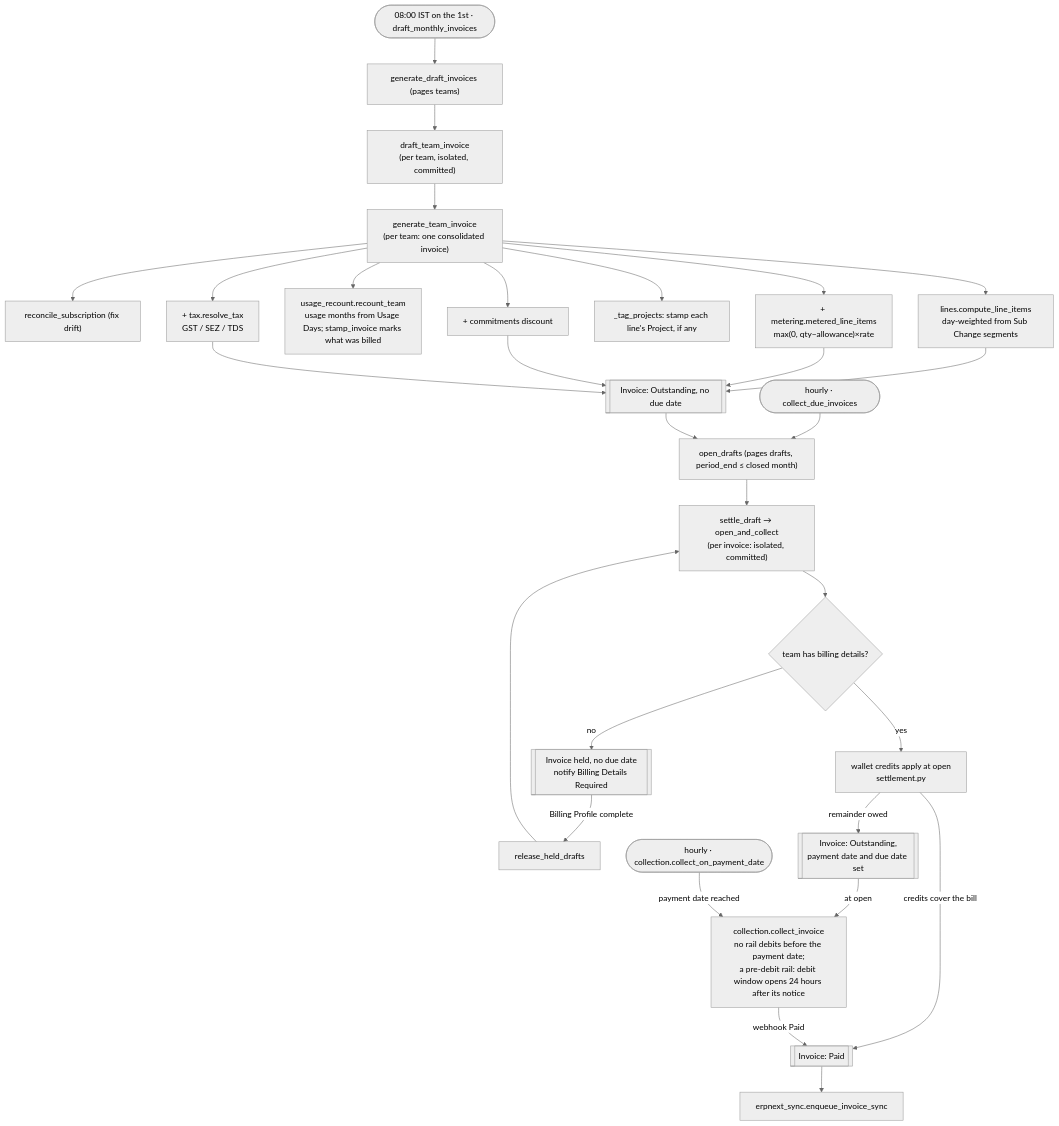
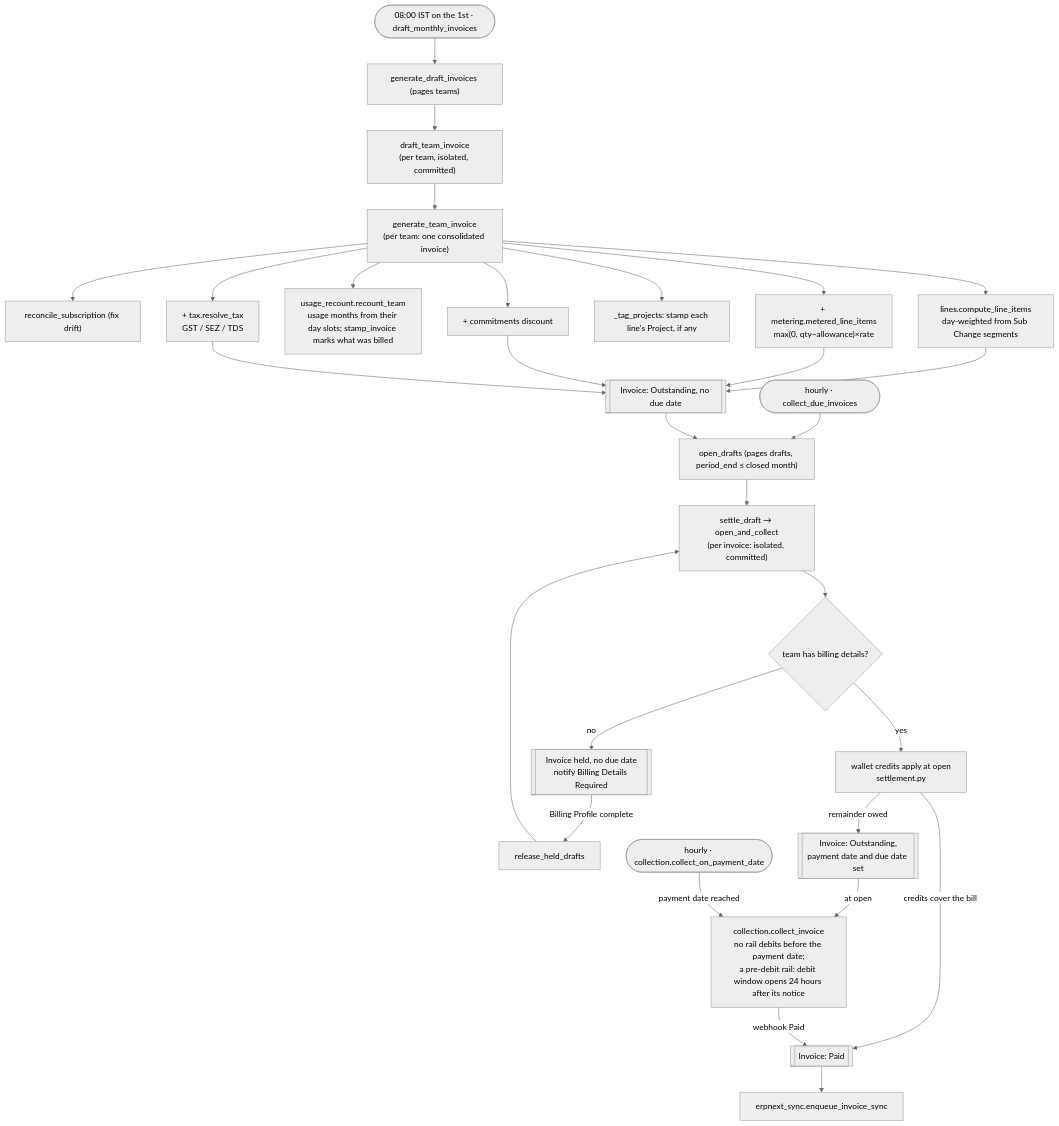
The fifth of 8 diagrams in central/billing/ARCHITECTURE.md (frappe/central), drawn with Mermaid (neutral theme) before and after one commit. The commit also changed other lines of this file and 46 other files, not shown here.

````diff
--- a/central/billing/ARCHITECTURE.md
+++ b/central/billing/ARCHITECTURE.md
@@ -521,29 +521,29 @@
 ```mermaid
 flowchart TD
     TICK(["08:00 IST on the 1st · draft_monthly_invoices"]) --> GDI["generate_draft_invoices (pages teams)"]
     GDI --> DTI["draft_team_invoice<br/>(per team, isolated, committed)"]
     DTI --> GTI["generate_team_invoice<br/>(per team: one consolidated invoice)"]
     GTI --> RS["reconcile_subscription (fix drift)"]
     GTI --> LINES["lines.compute_line_items<br/>day-weighted from Sub Change segments"]
-    GTI --> URC["usage_recount.recount_team<br/>usage months from Usage Days; stamp_invoice marks what was billed"]
+    GTI --> URC["usage_recount.recount_team<br/>usage months from their day slots; stamp_invoice marks what was billed"]
     GTI --> MET["+ metering.metered_line_items<br/>max(0, qty−allowance)×rate"]
     GTI --> TAG["_tag_projects: stamp each line's Project, if any"]
     GTI --> DISC["+ commitments discount"]
     GTI --> TAX["+ tax.resolve_tax<br/>GST / SEZ / TDS"]
     LINES & MET & DISC & TAX --> DRAFT[["Invoice: Outstanding, no due date"]]
 
     SWEEP(["hourly · collect_due_invoices"]) --> OD["open_drafts (pages drafts, period_end ≤ closed month)"]
     DRAFT --> OD
     OD --> OAC["settle_draft → open_and_collect<br/>(per invoice: isolated, committed)"]
     OAC --> HOLD{"team has billing details?"}
     HOLD -->|no| HELD[["Invoice held, no due date<br/>notify Billing Details Required"]]
     HELD -->|Billing Profile complete| REL["release_held_drafts"]
     REL --> OAC
     HOLD -->|yes| CR["wallet credits apply at open<br/>settlement.py"]
     CR -->|credits cover the bill| PAID[["Invoice: Paid"]]
     CR -->|remainder owed| OPEN[["Invoice: Outstanding,<br/>payment date and due date set"]]
     OPEN -->|at open| CARD["collection.collect_invoice<br/>no rail debits before the payment date;<br/>a pre-debit rail: debit window opens 24 hours after its notice"]
     PDATE(["hourly · collection.collect_on_payment_date"]) -->|payment date reached| CARD
     CARD -->|webhook Paid| PAID
     PAID --> SYNC["erpnext_sync.enqueue_invoice_sync"]
 ```
````
